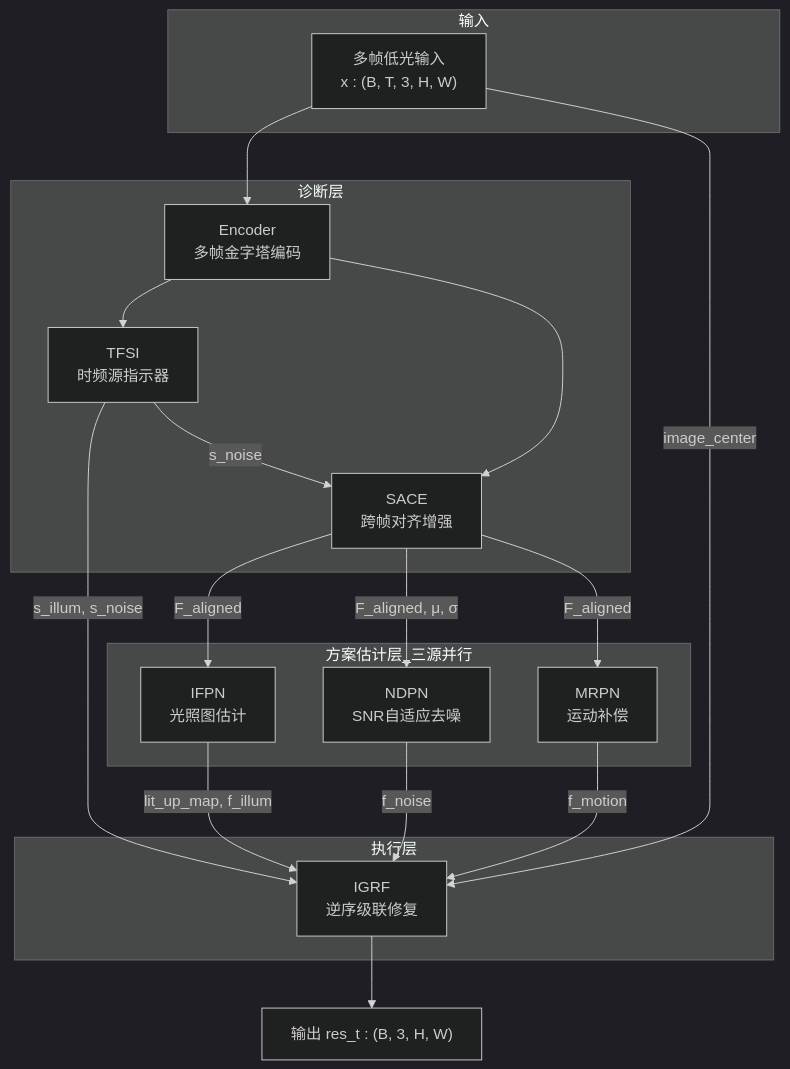
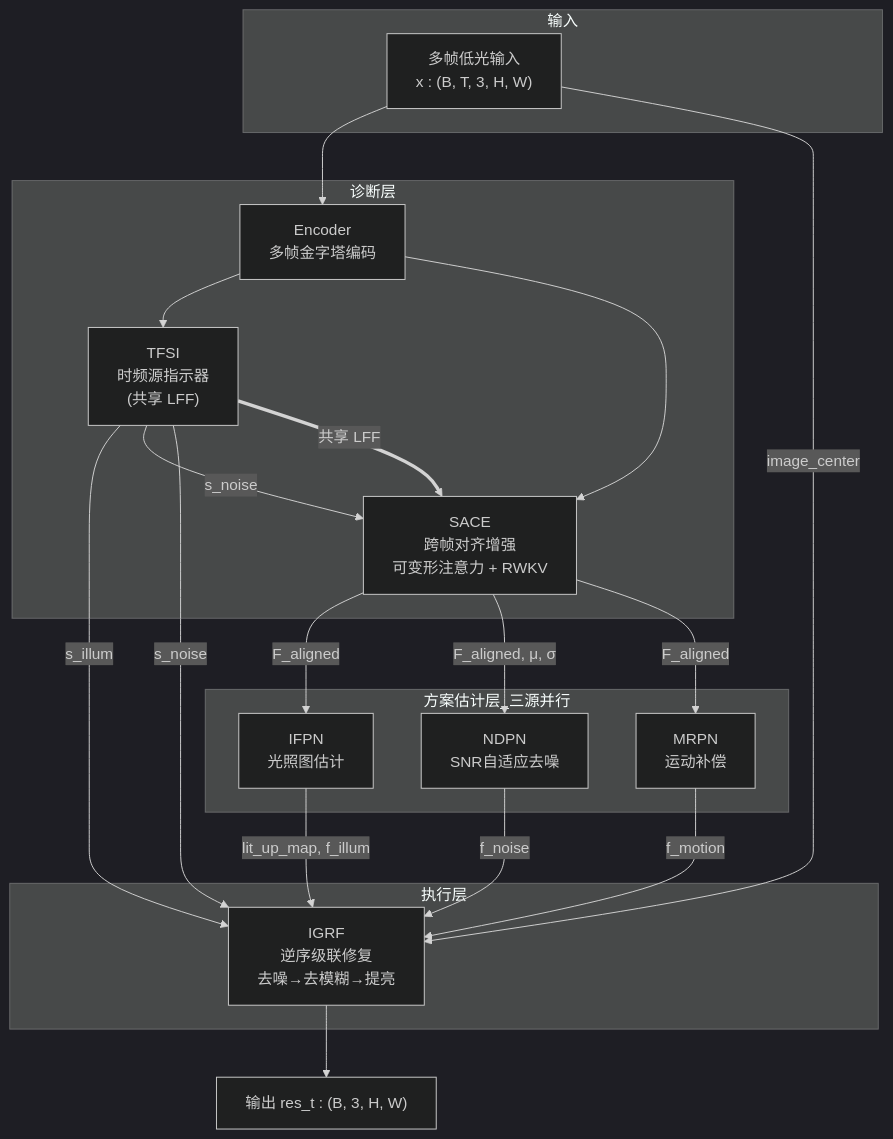
Before and after one commit to chendeming2002/TFS-Net: the first of 2 diagrams in docs/v5/v5-architecture-diagrams.md, drawn with Mermaid (dark theme). The commit also changed other lines of this file and 13 other files, not shown here.

````diff
--- a/docs/v5/v5-architecture-diagrams.md
+++ b/docs/v5/v5-architecture-diagrams.md
@@ -5,37 +5,42 @@
 ```mermaid
 flowchart TD
     subgraph 输入
         IN["多帧低光输入<br/>x : (B, T, 3, H, W)"]
     end
 
     subgraph 诊断层
         ENC["Encoder<br/>多帧金字塔编码"]
-        TFSI["TFSI<br/>时频源指示器"]
-        SACE["SACE<br/>跨帧对齐增强"]
+        TFSI["TFSI<br/>时频源指示器<br/>(共享 LFF)"]
+        SACE["SACE<br/>跨帧对齐增强<br/>可变形注意力 + RWKV"]
     end
 
     subgraph 方案估计层_三源并行
         IFPN["IFPN<br/>光照图估计"]
         NDPN["NDPN<br/>SNR自适应去噪"]
         MRPN["MRPN<br/>运动补偿"]
     end
 
     subgraph 执行层
-        IGRF["IGRF<br/>逆序级联修复"]
+        IGRF["IGRF<br/>逆序级联修复<br/>去噪→去模糊→提亮"]
     end
 
     OUT["输出 res_t : (B, 3, H, W)"]
 
     IN --> ENC --> TFSI
     ENC --> SACE
-    TFSI -- "s_illum, s_noise" --> IGRF
+    TFSI -- "s_illum" --> IGRF
     TFSI -- "s_noise" --> SACE
+    TFSI -- "s_noise" --> IGRF
+    TFSI == "共享 LFF" ==> SACE
+
     SACE -- "F_aligned" --> IFPN
     SACE -- "F_aligned, μ, σ" --> NDPN
     SACE -- "F_aligned" --> MRPN
+
     IFPN -- "lit_up_map, f_illum" --> IGRF
     NDPN -- "f_noise" --> IGRF
     MRPN -- "f_motion" --> IGRF
+
     IGRF --> OUT
     IN -- "image_center" --> IGRF
 ```
````
